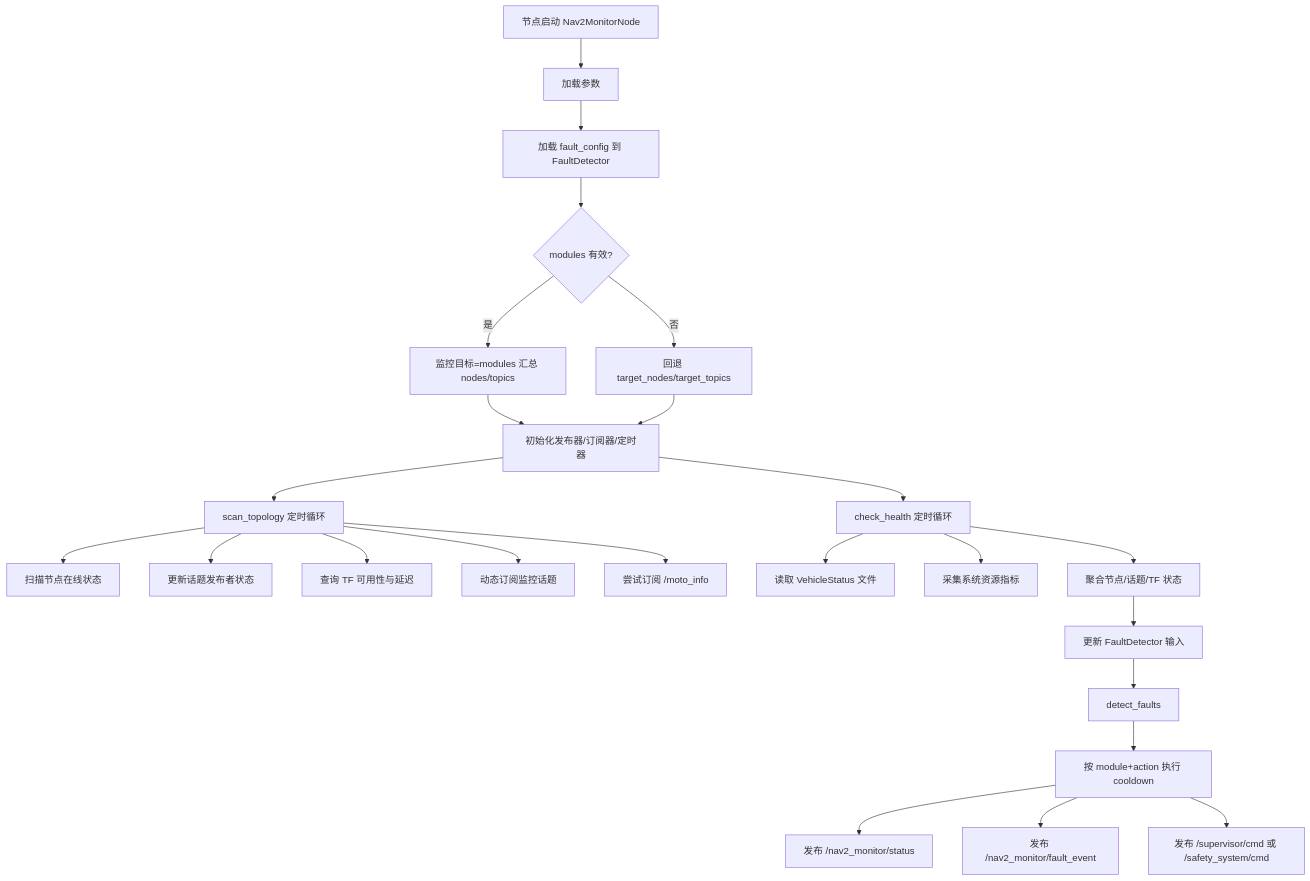
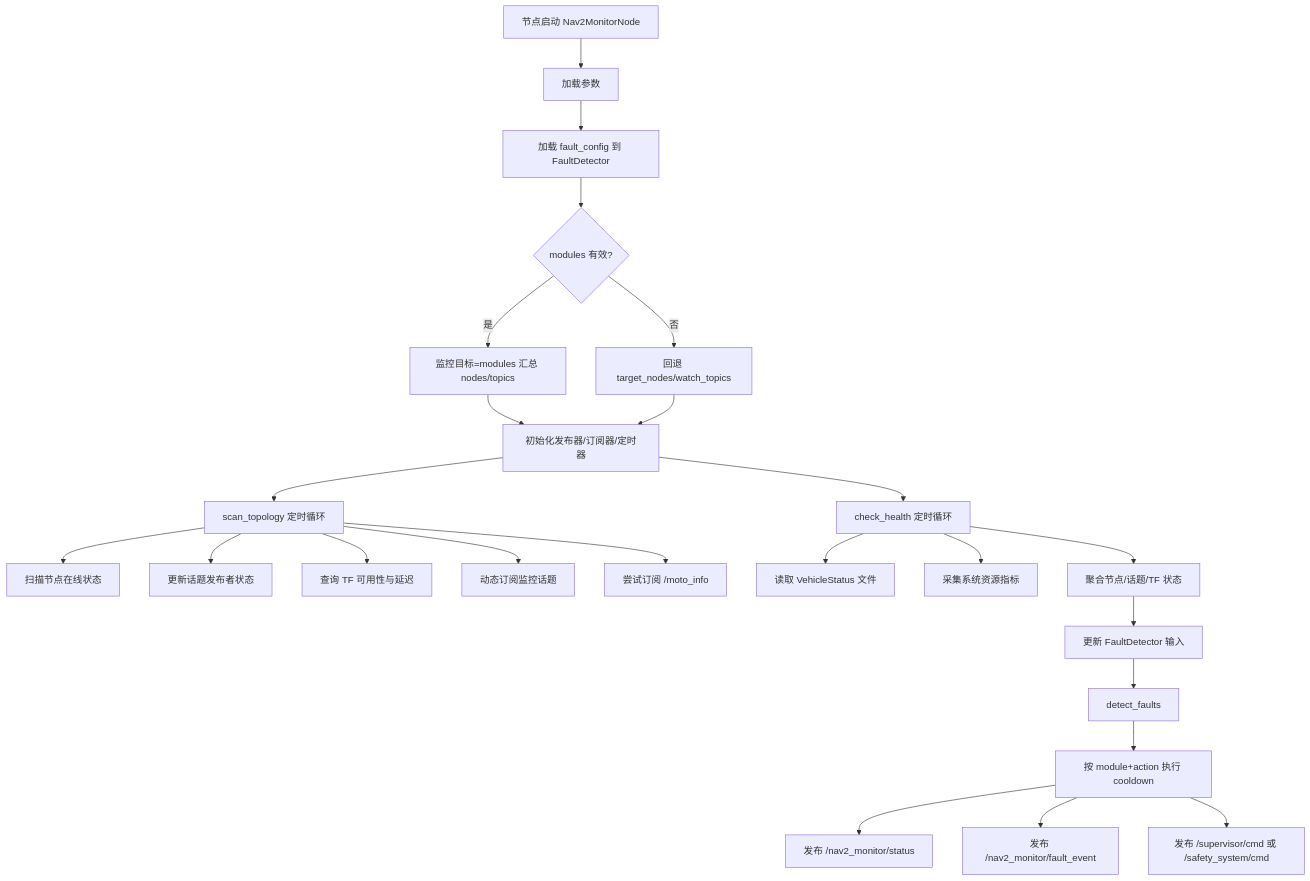
One commit to forever-wp/monitor_system changed the first of 3 diagrams in docs/architecture_diagrams.md. Above: the diagram before and after it, drawn with Mermaid. The commit also changed other lines of this file and 21 other files, not shown here.

````diff
--- a/docs/architecture_diagrams.md
+++ b/docs/architecture_diagrams.md
@@ -5,28 +5,28 @@
 ```mermaid
 flowchart TD
     A[节点启动 Nav2MonitorNode] --> B[加载参数]
     B --> C[加载 fault_config 到 FaultDetector]
     C --> D{modules 有效?}
     D -- 是 --> E[监控目标=modules 汇总 nodes/topics]
-    D -- 否 --> F[回退 target_nodes/target_topics]
+    D -- 否 --> F[回退 target_nodes/watch_topics]
     E --> G[初始化发布器/订阅器/定时器]
     F --> G
     G --> H[scan_topology 定时循环]
     G --> I[check_health 定时循环]
 
     H --> H1[扫描节点在线状态]
     H --> H2[更新话题发布者状态]
     H --> H3[查询 TF 可用性与延迟]
     H --> H4[动态订阅监控话题]
     H --> H5[尝试订阅 /moto_info]
 
     I --> I1[读取 VehicleStatus 文件]
     I --> I2[采集系统资源指标]
     I --> I3[聚合节点/话题/TF 状态]
     I3 --> I4[更新 FaultDetector 输入]
     I4 --> I5[detect_faults]
     I5 --> I6[按 module+action 执行 cooldown]
     I6 --> I7[发布 /nav2_monitor/status]
     I6 --> I8[发布 /nav2_monitor/fault_event]
     I6 --> I9[发布 /supervisor/cmd 或 /safety_system/cmd]
 ```
````
